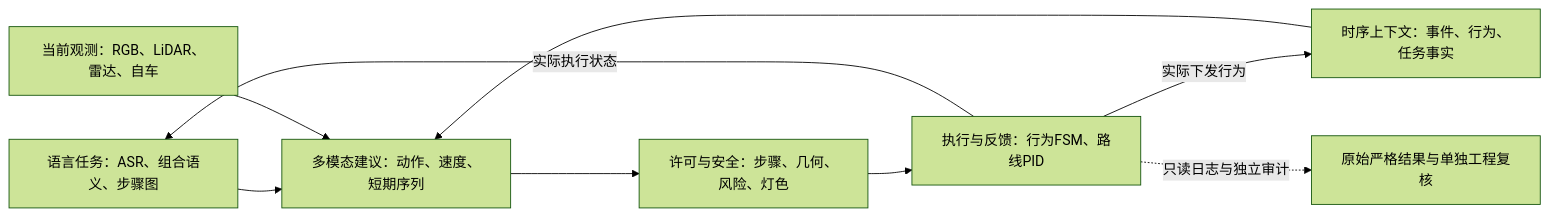
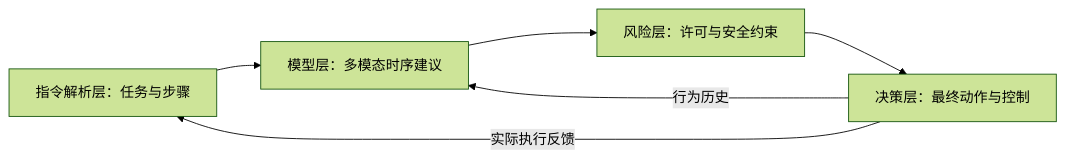
One commit to ZhuShanzhe/LMM-in-AutoDrive changed the diagram in docs/defense/CODE_CHAIN_AND_INNOVATION_GUIDE.md. Above: the diagram before and after it, drawn with Mermaid (forest theme). The commit also changed other lines of this file and 2 other files, not shown here.

````diff
--- a/docs/defense/CODE_CHAIN_AND_INNOVATION_GUIDE.md
+++ b/docs/defense/CODE_CHAIN_AND_INNOVATION_GUIDE.md
@@ -35,11 +13,8 @@
 ```mermaid
 flowchart LR
-  A[语言任务：ASR、组合语义、步骤图] --> D[多模态建议：动作、速度、短期序列]
-  B[当前观测：RGB、LiDAR、雷达、自车] --> D
-  C[时序上下文：事件、行为、任务事实] --> D
-  D --> E[许可与安全：步骤、几何、风险、灯色]
-  E --> F[执行与反馈：行为FSM、路线PID]
-  F -->|实际执行状态| A
-  F -->|实际下发行为| C
-  F -.->|只读日志与独立审计| G[原始严格结果与单独工程复核]
+  A[指令解析层：任务与步骤] --> B[模型层：多模态时序建议]
+  B --> C[风险层：许可与安全约束]
+  C --> D[决策层：最终动作与控制]
+  D -->|实际执行反馈| A
+  D -->|行为历史| B
 ```
````
